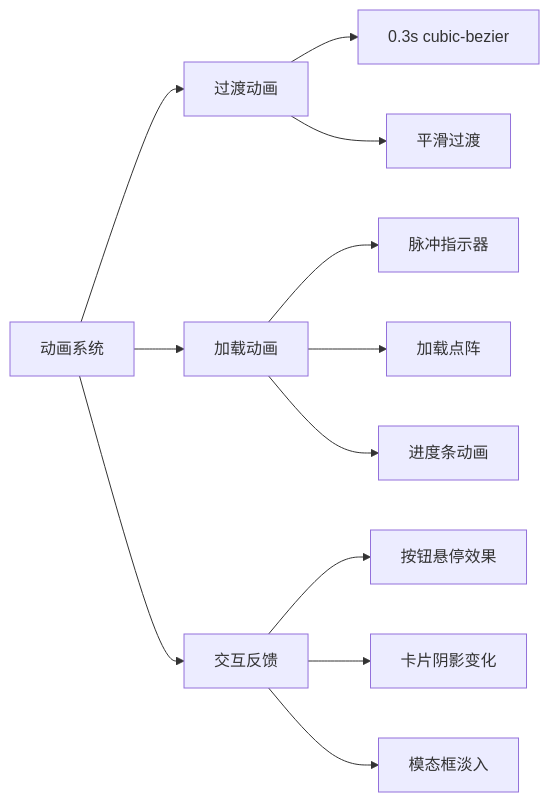
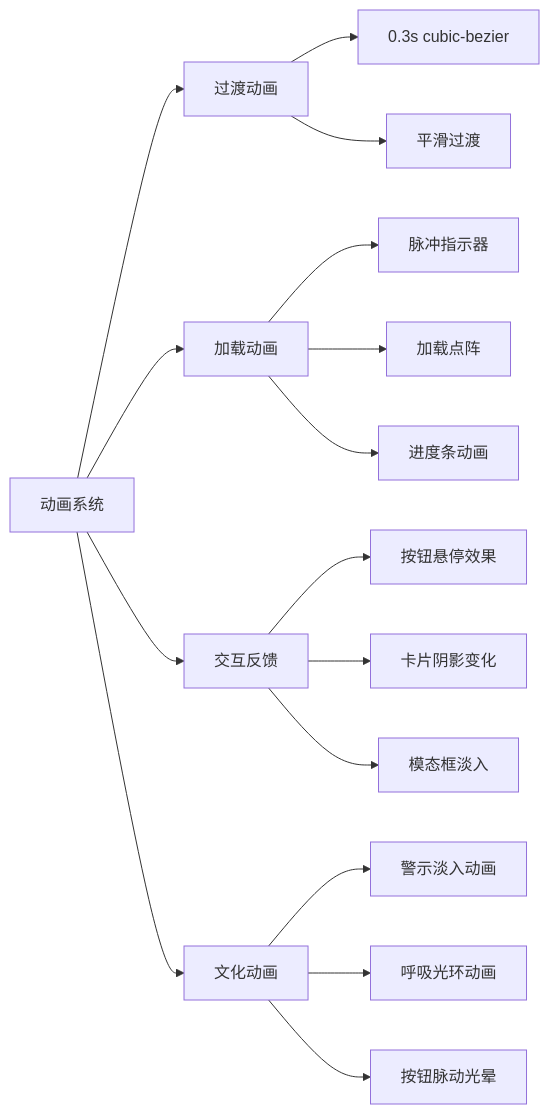
The eighth of 9 diagrams in .qoder/repowiki/zh/content/用户界面/样式与主题.md (ghg618-ui/meihuayili-3.8), drawn with Mermaid before and after one commit. The commit also changed other lines of this file and 6 other files, not shown here.

````diff
--- a/.qoder/repowiki/zh/content/用户界面/样式与主题.md
+++ b/.qoder/repowiki/zh/content/用户界面/样式与主题.md
@@ -203,14 +291,18 @@
 ```mermaid
 graph LR
 A[动画系统] --> B[过渡动画]
 A --> C[加载动画]
 A --> D[交互反馈]
-B --> E[0.3s cubic-bezier]
-B --> F[平滑过渡]
-C --> G[脉冲指示器]
-C --> H[加载点阵]
-C --> I[进度条动画]
-D --> J[按钮悬停效果]
-D --> K[卡片阴影变化]
-D --> L[模态框淡入]
+A --> E[文化动画]
+B --> F[0.3s cubic-bezier]
+B --> G[平滑过渡]
+C --> H[脉冲指示器]
+C --> I[加载点阵]
+C --> J[进度条动画]
+D --> K[按钮悬停效果]
+D --> L[卡片阴影变化]
+D --> M[模态框淡入]
+E --> N[警示淡入动画]
+E --> O[呼吸光环动画]
+E --> P[按钮脉动光晕]
 ```
````
